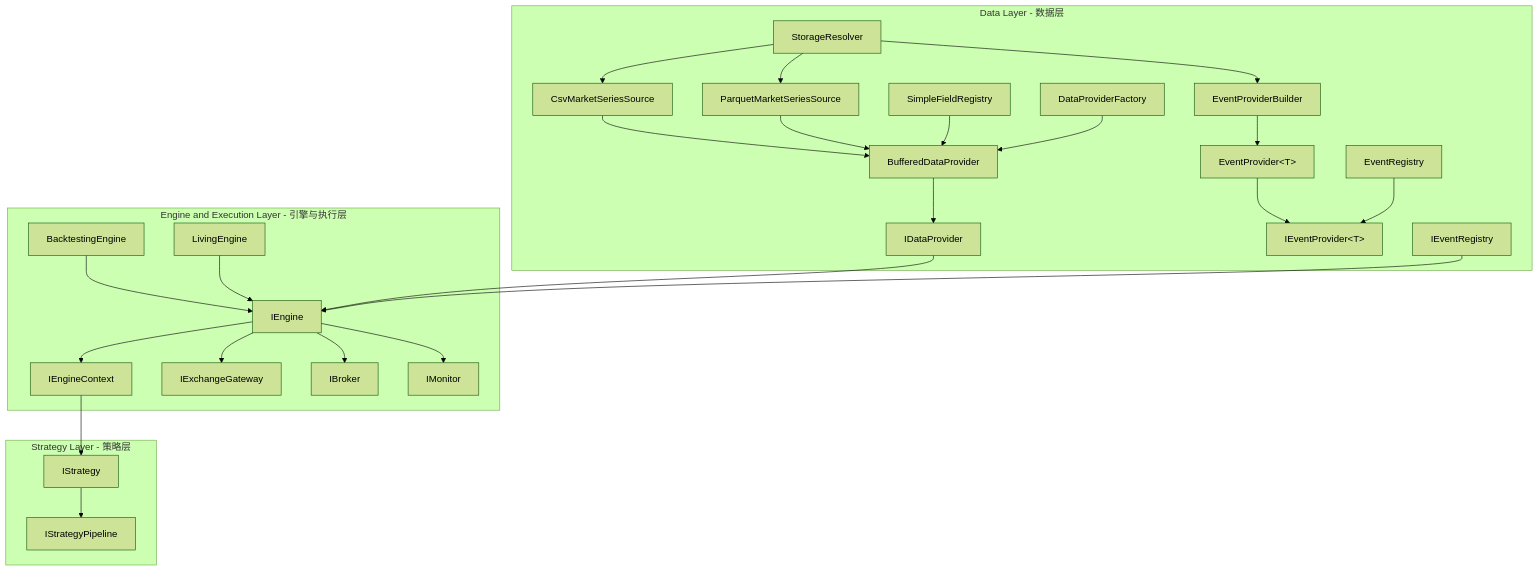
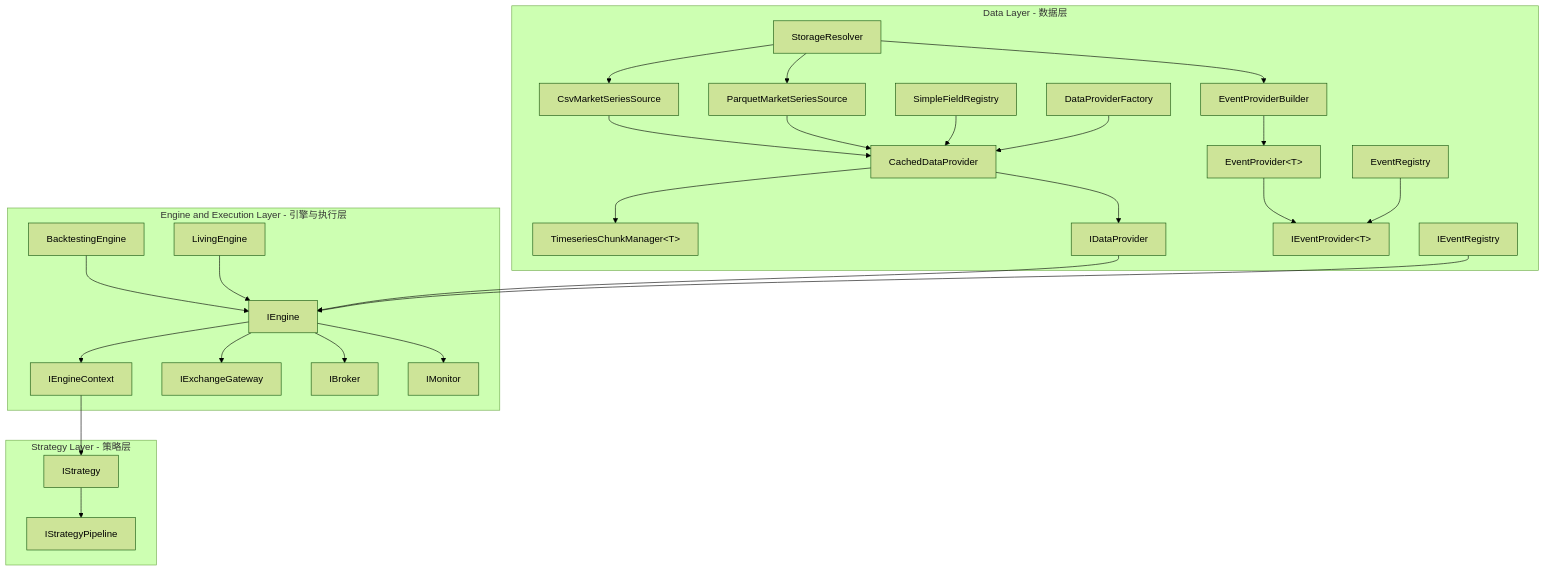
Before and after one commit to CRThu/CarrotQuant.Net: the diagram in AGENTS.md, drawn with Mermaid (forest theme). The commit also changed other lines of this file and 23 other files, not shown here.

First line of the commit message:
feat(data): 重构数据供给层为 CachedDataProvider 并引入 TimeseriesChunkManager

````diff
--- a/AGENTS.md
+++ b/AGENTS.md
@@ -9,56 +9,58 @@
 ```mermaid
 graph TD
     subgraph DataLayer [Data Layer - 数据层]
         StorageResolver[StorageResolver]
         CsvMarketSeriesSource[CsvMarketSeriesSource]
         ParquetMarketSeriesSource[ParquetMarketSeriesSource]
         SimpleFieldRegistry[SimpleFieldRegistry]
-        BufferedDataProvider[BufferedDataProvider]
+        CachedDataProvider[CachedDataProvider]
+        TimeseriesChunkManager[TimeseriesChunkManager&lt;T&gt;]
         DataProviderFactory[DataProviderFactory]
         IDataProvider[IDataProvider]
         EventProvider[EventProvider&lt;T&gt;]
         EventProviderBuilder[EventProviderBuilder]
         EventRegistry[EventRegistry]
         IEventProvider[IEventProvider&lt;T&gt;]
         IEventRegistry[IEventRegistry]
 
         StorageResolver --> CsvMarketSeriesSource
         StorageResolver --> ParquetMarketSeriesSource
-        CsvMarketSeriesSource --> BufferedDataProvider
-        ParquetMarketSeriesSource --> BufferedDataProvider
-        SimpleFieldRegistry --> BufferedDataProvider
-        BufferedDataProvider --> IDataProvider
-        DataProviderFactory --> BufferedDataProvider
+        CsvMarketSeriesSource --> CachedDataProvider
+        ParquetMarketSeriesSource --> CachedDataProvider
+        SimpleFieldRegistry --> CachedDataProvider
+        CachedDataProvider --> TimeseriesChunkManager
+        CachedDataProvider --> IDataProvider
+        DataProviderFactory --> CachedDataProvider
         StorageResolver --> EventProviderBuilder
         EventProviderBuilder --> EventProvider
         EventProvider --> IEventProvider
         EventRegistry --> IEventProvider
     end
 
     subgraph EngineExecutionLayer [Engine and Execution Layer - 引擎与执行层]
         BacktestingEngine[BacktestingEngine]
         LivingEngine[LivingEngine]
         IEngine[IEngine]
         IEngineContext[IEngineContext]
         IExchangeGateway[IExchangeGateway]
         IBroker[IBroker]
         IMonitor[IMonitor]
 
         BacktestingEngine --> IEngine
         LivingEngine --> IEngine
         IDataProvider --> IEngine
         IEventRegistry --> IEngine
         IEngine --> IExchangeGateway
         IEngine --> IBroker
         IEngine --> IMonitor
         IEngine --> IEngineContext
     end
 
     subgraph StrategyLayer [Strategy Layer - 策略层]
         IStrategy[IStrategy]
         IStrategyPipeline[IStrategyPipeline]
 
         IEngineContext --> IStrategy
         IStrategy --> IStrategyPipeline
     end
 ```
````
